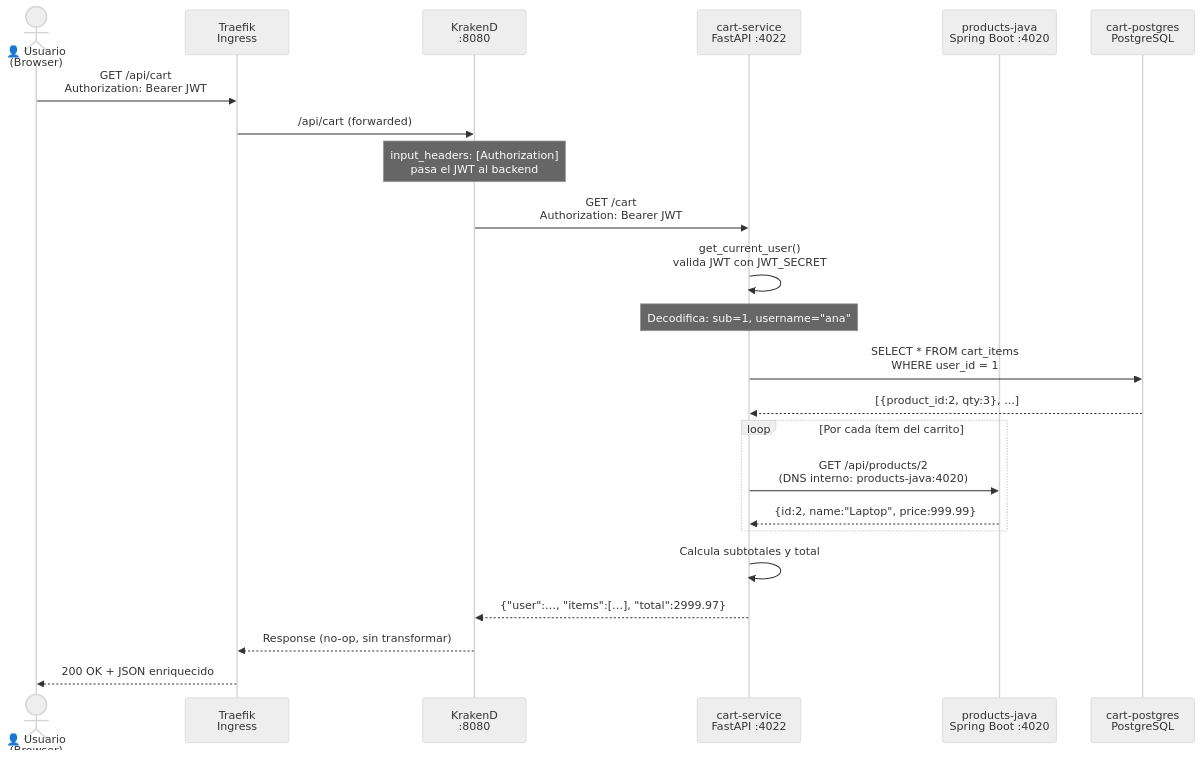
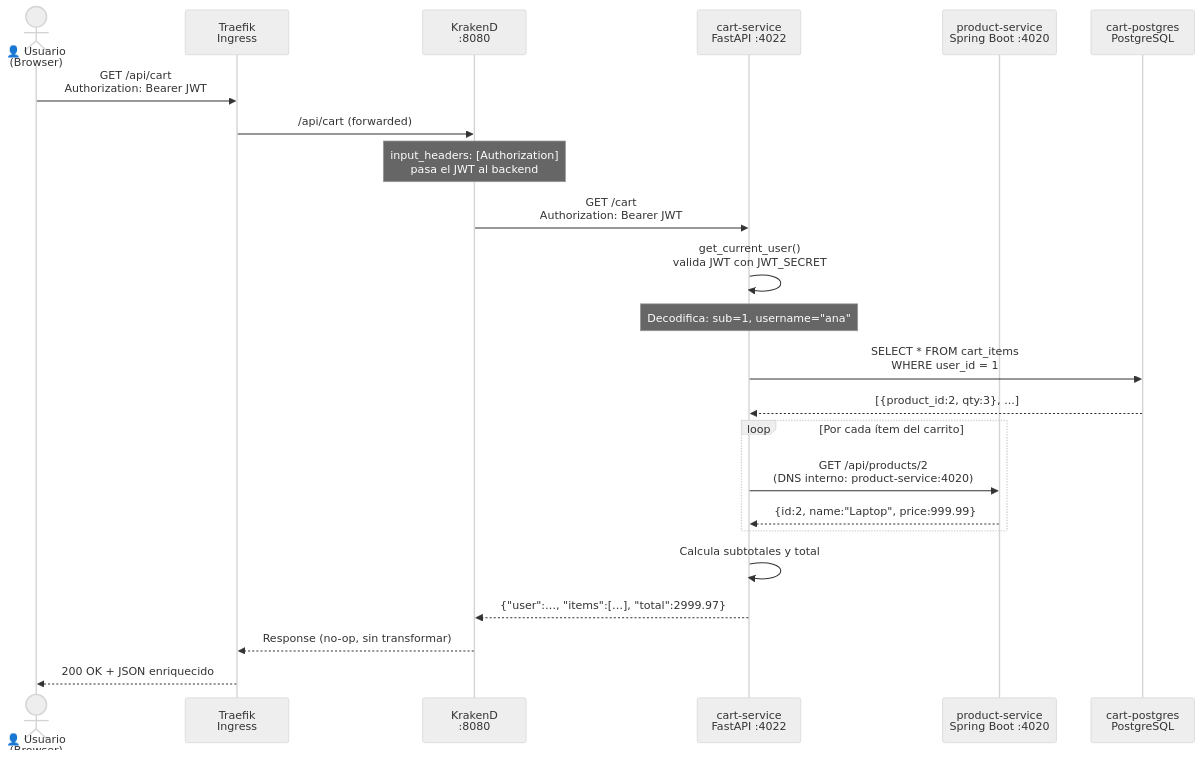
Diagram 17 of 20 in README.md (docentedev/IaC-example), drawn with Mermaid (neutral theme) before and after one commit. The commit also changed other lines of this file and 60 other files, not shown here.

````diff
--- a/README.md
+++ b/README.md
@@ -2686,31 +2689,31 @@
 ```mermaid
 sequenceDiagram
     actor U as 👤 Usuario<br/>(Browser)
     participant T as Traefik<br/>Ingress
     participant K as KrakenD<br/>:8080
     participant C as cart-service<br/>FastAPI :4022
-    participant P as products-java<br/>Spring Boot :4020
+    participant P as product-service<br/>Spring Boot :4020
     participant DB as cart-postgres<br/>PostgreSQL
 
     U->>T: GET /api/cart<br/>Authorization: Bearer JWT
     T->>K: /api/cart (forwarded)
     Note over K: input_headers: [Authorization]<br/>pasa el JWT al backend
     K->>C: GET /cart<br/>Authorization: Bearer JWT
 
     C->>C: get_current_user()<br/>valida JWT con JWT_SECRET
     Note over C: Decodifica: sub=1, username="ana"
 
     C->>DB: SELECT * FROM cart_items<br/>WHERE user_id = 1
     DB-->>C: [{product_id:2, qty:3}, ...]
 
     loop Por cada ítem del carrito
-        C->>P: GET /api/products/2<br/>(DNS interno: products-java:4020)
+        C->>P: GET /api/products/2<br/>(DNS interno: product-service:4020)
         P-->>C: {id:2, name:"Laptop", price:999.99}
     end
 
     C->>C: Calcula subtotales y total
 
     C-->>K: {"user":…, "items":[…], "total":2999.97}
     K-->>T: Response (no-op, sin transformar)
     T-->>U: 200 OK + JSON enriquecido
 ```
````
